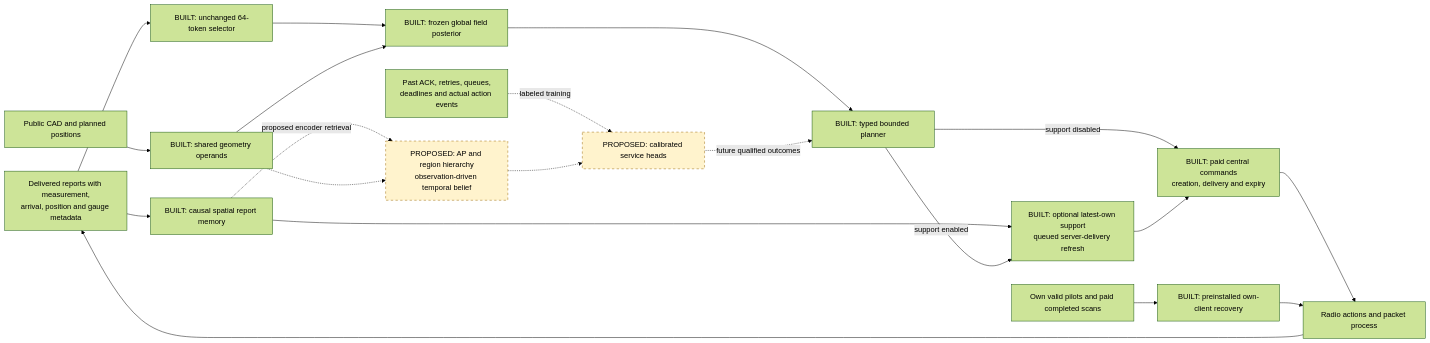
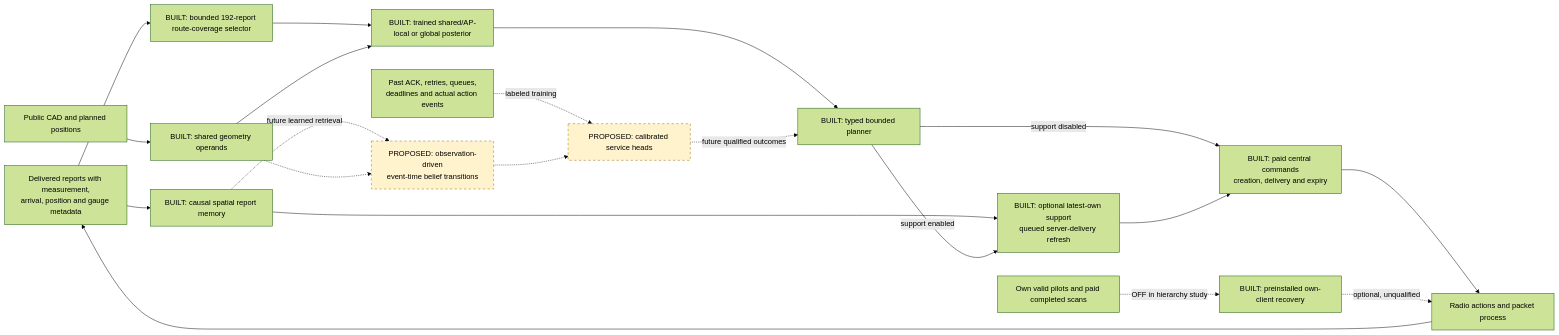
Before and after one commit to Danielfoojunwei/SDTH-submission-PreceptualAI: the diagram in docs/research_status/NEXT_MODEL.md, drawn with Mermaid (forest theme). The commit also changed other lines of this file and 28 other files, not shown here.

Commit message:
Publish audited model limits, canonical architecture and interactive results

````diff
--- a/docs/research_status/NEXT_MODEL.md
+++ b/docs/research_status/NEXT_MODEL.md
@@ -35,24 +50,24 @@
 ```mermaid
 flowchart LR
     REPORT[Delivered reports with measurement,<br/>arrival, position and gauge metadata] --> MEMORY[BUILT: causal spatial report memory]
-    REPORT --> SELECT[BUILT: unchanged 64-token selector]
+    REPORT --> SELECT[BUILT: bounded 192-report route-coverage selector]
     CAD[Public CAD and planned positions] --> OPS[BUILT: shared geometry operands]
-    SELECT --> GLOBAL[BUILT: frozen global field posterior]
+    SELECT --> GLOBAL[BUILT: trained shared/AP-local or global posterior]
     OPS --> GLOBAL
     GLOBAL --> PLANNER[BUILT: typed bounded planner]
     MEMORY --> SUPPORT[BUILT: optional latest-own support<br/>queued server-delivery refresh]
     PLANNER -->|support enabled| SUPPORT
     PLANNER -->|support disabled| COMMAND
     SUPPORT --> COMMAND[BUILT: paid central commands<br/>creation, delivery and expiry]
     COMMAND --> RADIO[Radio actions and packet process]
-    LOCAL[Own valid pilots and paid completed scans] --> RECOVERY[BUILT: preinstalled own-client recovery]
-    RECOVERY --> RADIO
+    LOCAL[Own valid pilots and paid completed scans] -. OFF in hierarchy study .-> RECOVERY[BUILT: preinstalled own-client recovery]
+    RECOVERY -. optional, unqualified .-> RADIO
     RADIO --> REPORT
-    MEMORY -. proposed encoder retrieval .-> BELIEF[PROPOSED: AP and region hierarchy<br/>observation-driven temporal belief]
+    MEMORY -. future learned retrieval .-> BELIEF[PROPOSED: observation-driven<br/>event-time belief transitions]
     PROTOCOL[Past ACK, retries, queues,<br/>deadlines and actual action events] -. labeled training .-> HEADS[PROPOSED: calibrated service heads]
     BELIEF -.-> HEADS
     OPS -.-> BELIEF
     HEADS -. future qualified outcomes .-> PLANNER
     classDef proposed fill:#fff3cd,stroke:#9a6700,stroke-dasharray:5 5
     class BELIEF,HEADS proposed
 ```
````
